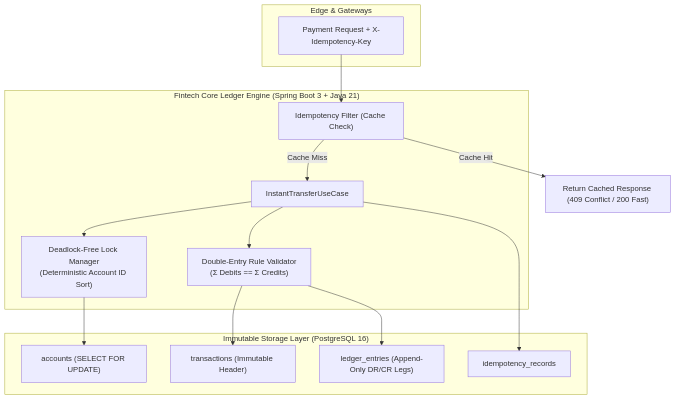
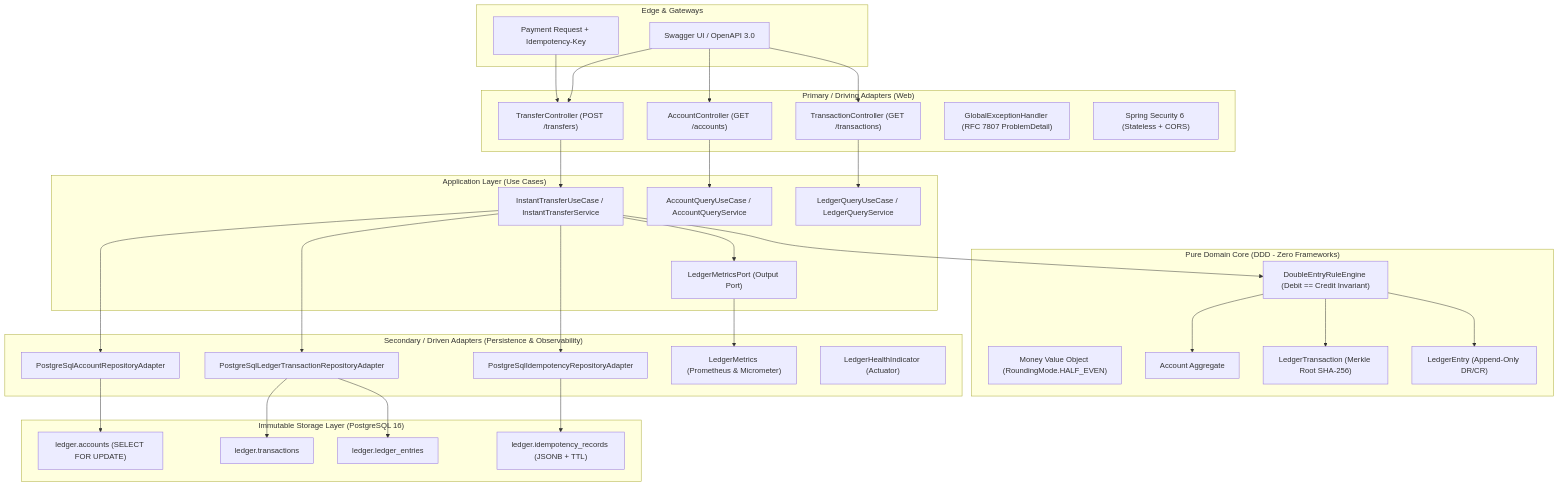
The diagram in README.md (Mauricio-G-Oliveira/fintech-core-ledger), drawn with Mermaid before and after one commit. The commit also changed other lines of this file and 9 other files, not shown here.

Commit message:
feat(observability): Micrometer Prometheus metrics, Actuator health indicator and technical docs

````diff
--- a/README.md
+++ b/README.md
@@ -34,30 +36,58 @@
 ```mermaid
 flowchart TD
     subgraph Client["Edge & Gateways"]
-        REQ["Payment Request + X-Idempotency-Key"]
+        REQ["Payment Request + Idempotency-Key"]
+        SWAGGER["Swagger UI / OpenAPI 3.0"]
     end
 
-    subgraph CoreEngine["Fintech Core Ledger Engine (Spring Boot 3 + Java 21)"]
-        FILTER["Idempotency Filter (Cache Check)"]
-        USECASE["InstantTransferUseCase"]
-        LOCK["Deadlock-Free Lock Manager\n(Deterministic Account ID Sort)"]
-        DOUBLE_ENTRY["Double-Entry Rule Validator\n(Σ Debits == Σ Credits)"]
+    subgraph Presentation["Primary / Driving Adapters (Web)"]
+        TC["TransferController (POST /transfers)"]
+        AC["AccountController (GET /accounts)"]
+        QC["TransactionController (GET /transactions)"]
+        EX["GlobalExceptionHandler (RFC 7807 ProblemDetail)"]
+        SEC["Spring Security 6 (Stateless + CORS)"]
+    end
+
+    subgraph Application["Application Layer (Use Cases)"]
+        ITUC["InstantTransferUseCase / InstantTransferService"]
+        AQUC["AccountQueryUseCase / AccountQueryService"]
+        LQUC["LedgerQueryUseCase / LedgerQueryService"]
+        METRICS_PORT["LedgerMetricsPort (Output Port)"]
+    end
+
+    subgraph Domain["Pure Domain Core (DDD - Zero Frameworks)"]
+        VO["Money Value Object (RoundingMode.HALF_EVEN)"]
+        ACC_AGG["Account Aggregate"]
+        TX_AGG["LedgerTransaction (Merkle Root SHA-256)"]
+        ENTRY["LedgerEntry (Append-Only DR/CR)"]
+        ENGINE["DoubleEntryRuleEngine (Debit == Credit Invariant)"]
+    end
+
+    subgraph Infrastructure["Secondary / Driven Adapters (Persistence & Observability)"]
+        ACC_ADAPTER["PostgreSqlAccountRepositoryAdapter"]
+        TX_ADAPTER["PostgreSqlLedgerTransactionRepositoryAdapter"]
+        IDEM_ADAPTER["PostgreSqlIdempotencyRepositoryAdapter"]
+        MICROMETER["LedgerMetrics (Prometheus & Micrometer)"]
+        HEALTH["LedgerHealthIndicator (Actuator)"]
     end
 
     subgraph Storage["Immutable Storage Layer (PostgreSQL 16)"]
-        ACC["accounts (SELECT FOR UPDATE)"]
-        TX["transactions (Immutable Header)"]
-        ENTRIES["ledger_entries (Append-Only DR/CR Legs)"]
-        IDEM_STORE["idempotency_records"]
+        DB_ACC["ledger.accounts (SELECT FOR UPDATE)"]
+        DB_TX["ledger.transactions"]
+        DB_ENTRIES["ledger.ledger_entries"]
+        DB_IDEM["ledger.idempotency_records (JSONB + TTL)"]
     end
 
-    REQ --> FILTER
-    FILTER -->|Cache Miss| USECASE
-    FILTER -->|Cache Hit| RET_DUP["Return Cached Response (409 Conflict / 200 Fast)"]
-    USECASE --> LOCK
-    LOCK --> ACC
-    USECASE --> DOUBLE_ENTRY
-    DOUBLE_ENTRY --> TX
-    DOUBLE_ENTRY --> ENTRIES
-    USECASE --> IDEM_STORE
+    REQ --> TC
+    SWAGGER --> TC & AC & QC
+    TC --> ITUC
+    AC --> AQUC
+    QC --> LQUC
+    ITUC --> ENGINE
+    ENGINE --> ACC_AGG & TX_AGG & ENTRY
+    ITUC --> ACC_ADAPTER & TX_ADAPTER & IDEM_ADAPTER & METRICS_PORT
+    METRICS_PORT --> MICROMETER
+    ACC_ADAPTER --> DB_ACC
+    TX_ADAPTER --> DB_TX & DB_ENTRIES
+    IDEM_ADAPTER --> DB_IDEM
 ```
````
